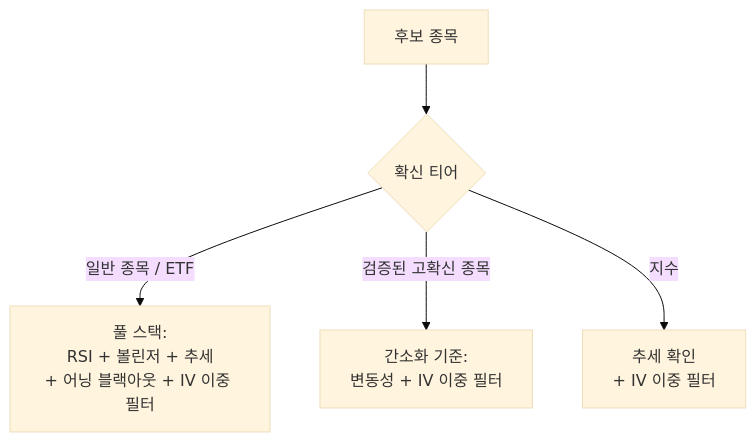
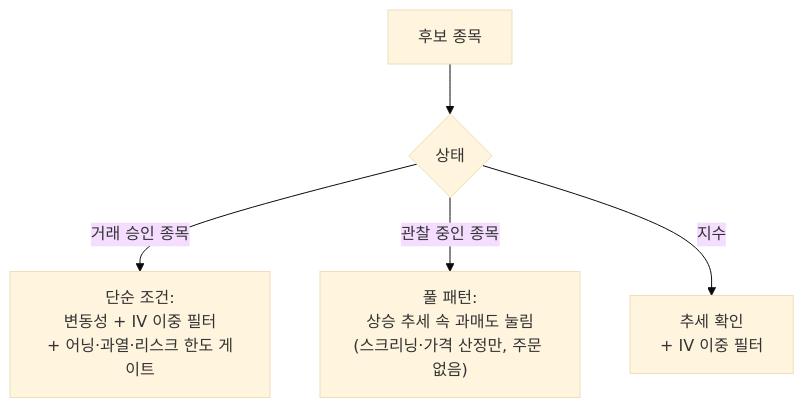
The second of 4 diagrams in README.ko.md (hbchoi0917/trading), drawn with Mermaid (base theme) before and after one commit. The commit also changed other lines of this file and 3 other files, not shown here.

````diff
--- a/README.ko.md
+++ b/README.ko.md
@@ -62,7 +60,7 @@
 ```mermaid
 flowchart TD
-    T[후보 종목] --> Q{확신 티어}
-    Q -->|일반 종목 / ETF| S["풀 스택:<br/>RSI + 볼린저 + 추세<br/>+ 어닝 블랙아웃 + IV 이중 필터"]
-    Q -->|검증된 고확신 종목| H["간소화 기준:<br/>변동성 + IV 이중 필터"]
+    T[후보 종목] --> Q{상태}
+    Q -->|거래 승인 종목| S["단순 조건:<br/>변동성 + IV 이중 필터<br/>+ 어닝·과열·리스크 한도 게이트"]
+    Q -->|관찰 중인 종목| H["풀 패턴:<br/>상승 추세 속 과매도 눌림<br/>(스크리닝·가격 산정만, 주문 없음)"]
     Q -->|지수| I["추세 확인<br/>+ IV 이중 필터"]
 ```
````
